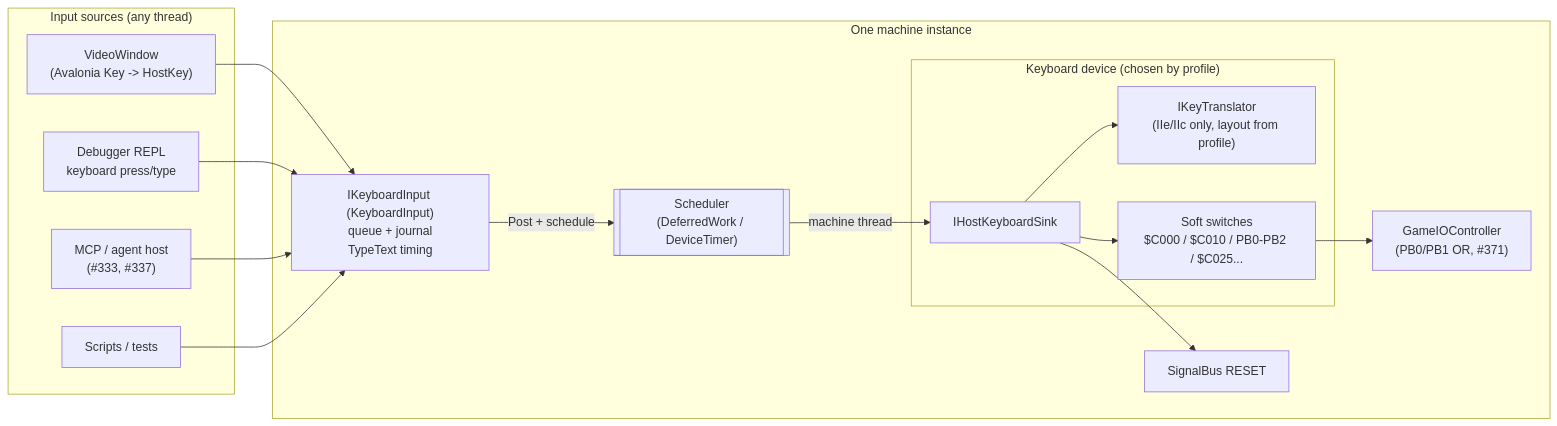
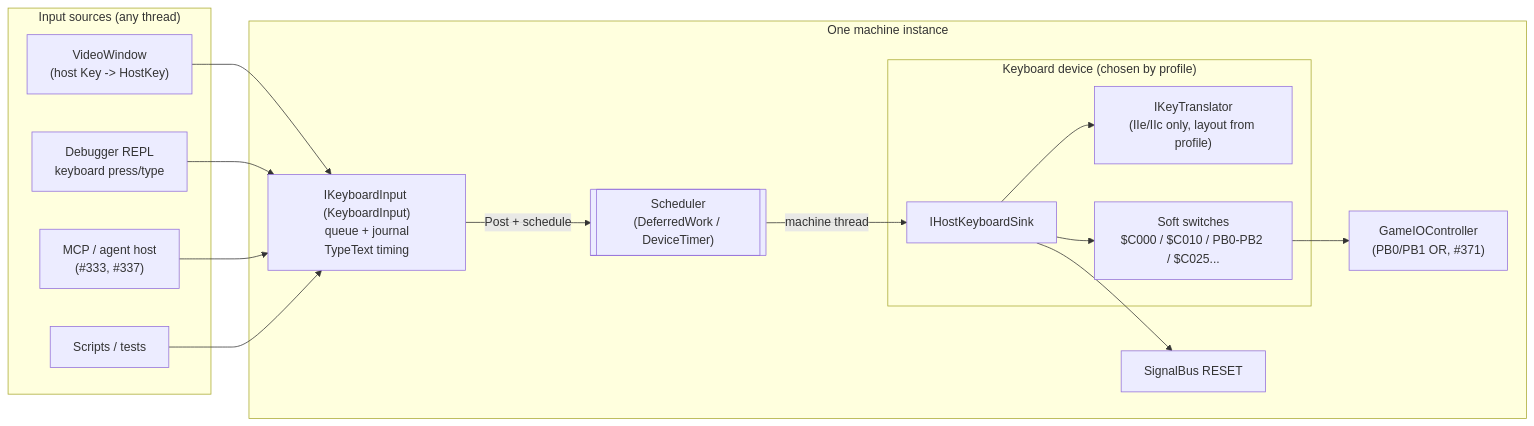
The diagram in KEYBOARD-SYSTEM-PRD.md (Bad-Mango-Solutions/back-pocket-basic), drawn with Mermaid before and after one commit. The commit also changed other lines of this file, not shown here.

First line of the commit message:
Docs: model HostKey on the Extended Keyboard II, including Reset

````diff
--- a/KEYBOARD-SYSTEM-PRD.md
+++ b/KEYBOARD-SYSTEM-PRD.md
@@ -72,32 +72,32 @@
 ```mermaid
 flowchart LR
   subgraph Host["Input sources (any thread)"]
-    VW["VideoWindow<br/>(Avalonia Key -> HostKey)"]
+    VW["VideoWindow<br/>(host Key -> HostKey)"]
     REPL["Debugger REPL<br/>keyboard press/type"]
     MCP["MCP / agent host<br/>(#333, #337)"]
     SCR["Scripts / tests"]
   end
 
   subgraph Machine["One machine instance"]
     IN["IKeyboardInput (KeyboardInput)<br/>queue + journal<br/>TypeText timing"]
     SCH[["Scheduler<br/>(DeferredWork / DeviceTimer)"]]
     subgraph KB["Keyboard device (chosen by profile)"]
       SINK["IHostKeyboardSink"]
       TR["IKeyTranslator<br/>(IIe/IIc only, layout from profile)"]
       SS["Soft switches<br/>$C000 / $C010 / PB0-PB2 / $C025..."]
     end
     GIO["GameIOController<br/>(PB0/PB1 OR, #371)"]
     SIG["SignalBus RESET"]
   end
 
   VW --> IN
   REPL --> IN
   MCP --> IN
   SCR --> IN
   IN -- "Post + schedule" --> SCH
   SCH -- "machine thread" --> SINK
   SINK --> TR
   SINK --> SS
   SS --> GIO
   SINK --> SIG
 ```
````
